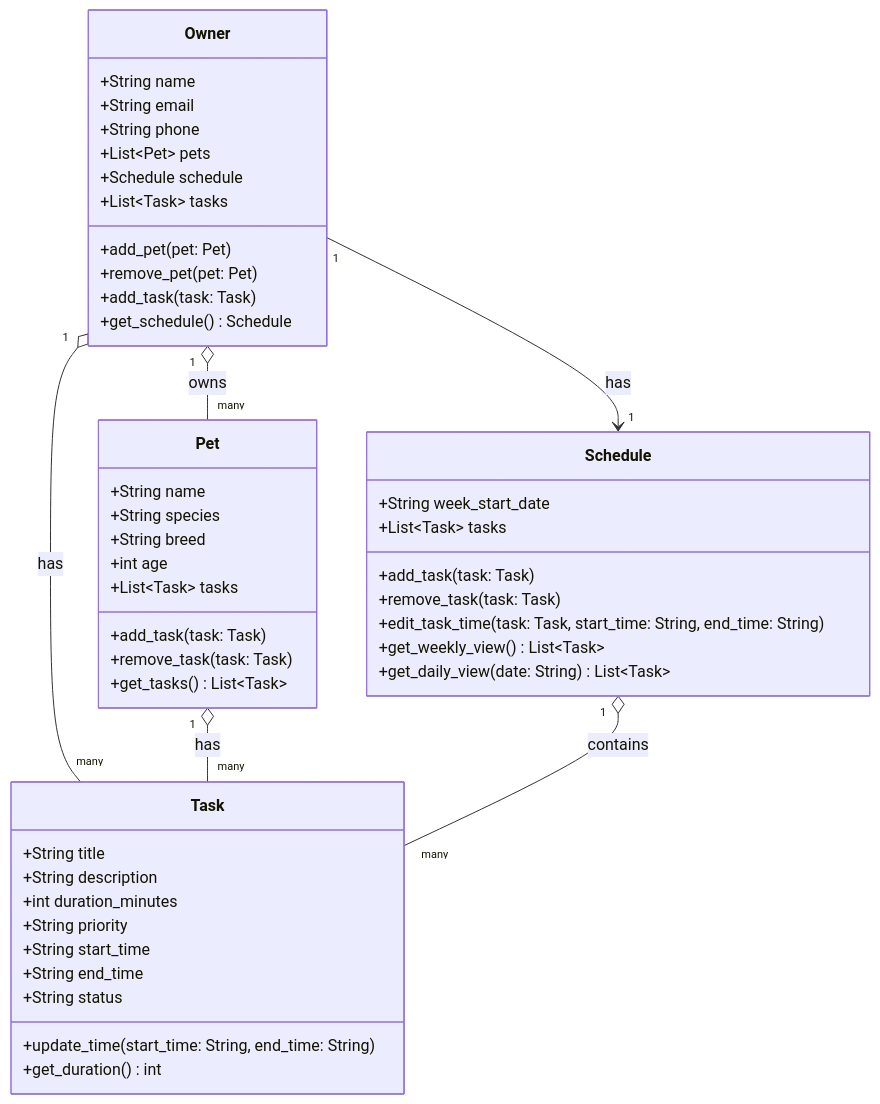
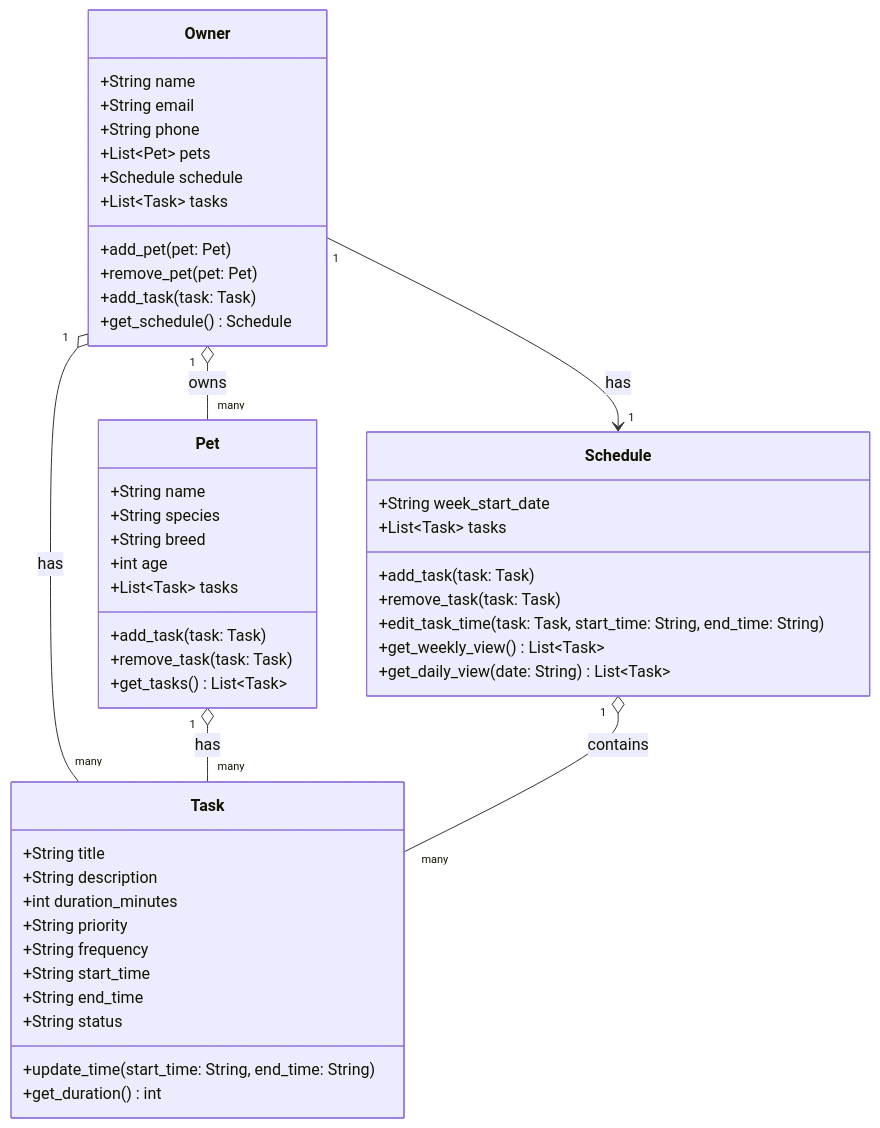
The diagram in class_diagram.md (KidusYohannesA/ai110-module2show-pawpal-starter), drawn with Mermaid before and after one commit. The commit also changed 5 other files, not shown here.

````diff
--- a/class_diagram.md
+++ b/class_diagram.md
@@ -1,54 +1,55 @@
 ```mermaid
 classDiagram
     class Owner {
         +String name
         +String email
         +String phone
         +List~Pet~ pets
         +Schedule schedule
         +List~Task~ tasks
         +add_pet(pet: Pet)
         +remove_pet(pet: Pet)
         +add_task(task: Task)
         +get_schedule() Schedule
     }
 
     class Pet {
         +String name
         +String species
         +String breed
         +int age
         +List~Task~ tasks
         +add_task(task: Task)
         +remove_task(task: Task)
         +get_tasks() List~Task~
     }
 
     class Task {
         +String title
         +String description
         +int duration_minutes
         +String priority
+        +String frequency
         +String start_time
         +String end_time
         +String status
         +update_time(start_time: String, end_time: String)
         +get_duration() int
     }
 
     class Schedule {
         +String week_start_date
         +List~Task~ tasks
         +add_task(task: Task)
         +remove_task(task: Task)
         +edit_task_time(task: Task, start_time: String, end_time: String)
         +get_weekly_view() List~Task~
         +get_daily_view(date: String) List~Task~
     }
 
     Owner "1" --> "1" Schedule : has
     Owner "1" o-- "many" Pet : owns
     Owner "1" o-- "many" Task : has
     Pet "1" o-- "many" Task : has
     Schedule "1" o-- "many" Task : contains
 ```
````
